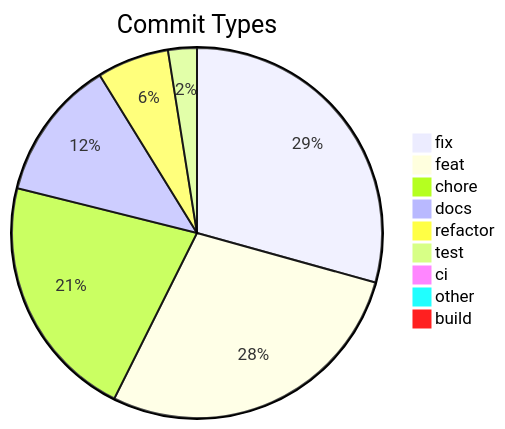
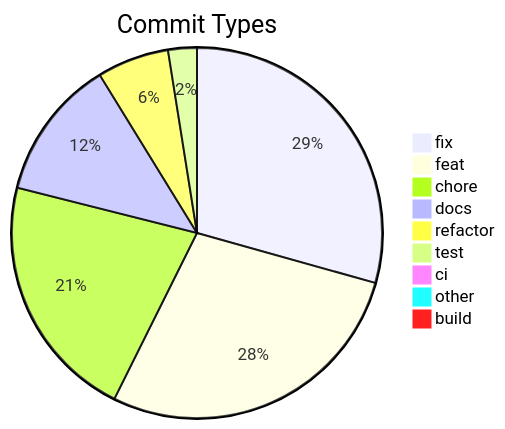
Before and after one commit to svenroth-ai/shipwright: the diagram in .shipwright/compliance/change-history.md, drawn with Mermaid. The commit also changed other lines of this file and 6 other files, not shown here.

````diff
--- a/.shipwright/compliance/change-history.md
+++ b/.shipwright/compliance/change-history.md
@@ -8,12 +8,12 @@
 ```mermaid
 pie title Commit Types
-    "fix" : 350
+    "fix" : 351
     "feat" : 335
-    "chore" : 257
+    "chore" : 258
     "docs" : 147
     "refactor" : 75
     "test" : 30
     "ci" : 11
     "other" : 9
     "build" : 1
 ```
````
